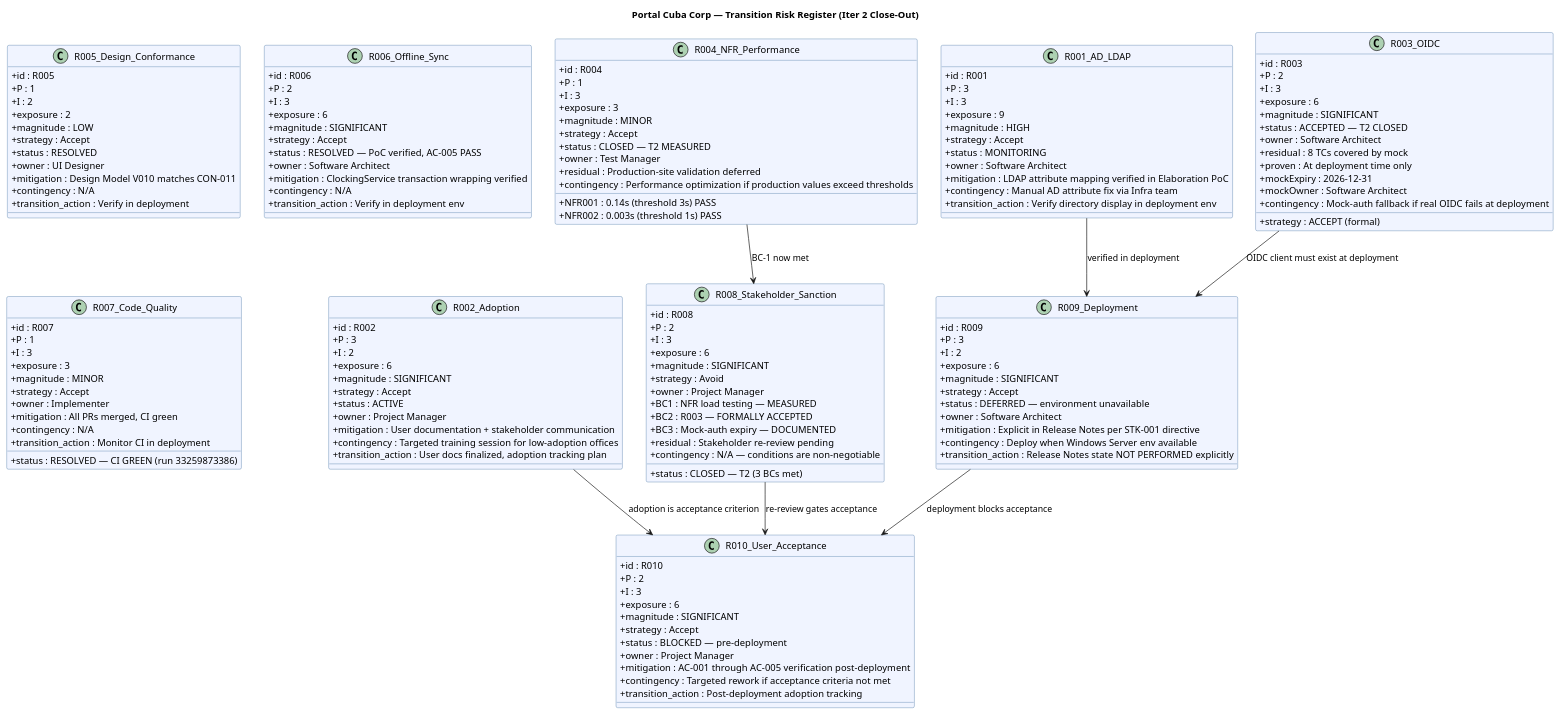
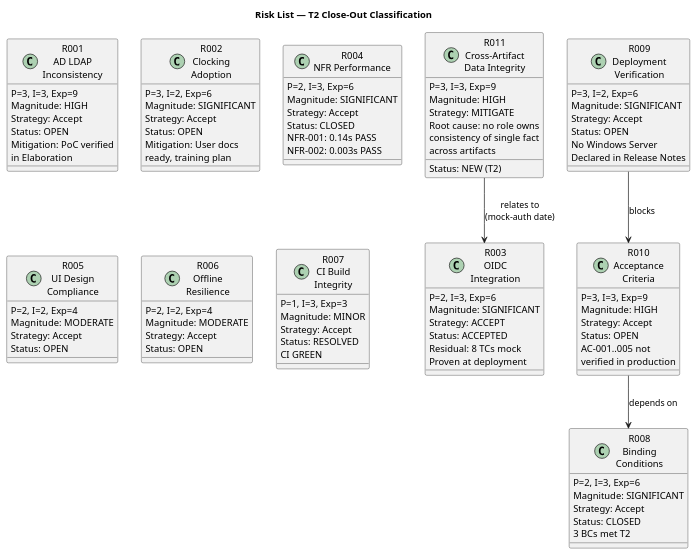
One commit to banense-test/portal-cuba-corp changed the diagram in docs/artifacts/project-management/risk-list.md. Above: the diagram before and after it, drawn with PlantUML. The commit also changed other lines of this file, not shown here.

Commit message:
Project Manager [T2]: upsert Risk List
[skip ci]

````diff
--- a/docs/artifacts/project-management/risk-list.md
+++ b/docs/artifacts/project-management/risk-list.md
@@ -32,163 +28,106 @@
 ```plantuml
 @startuml
-title Portal Cuba Corp — Transition Risk Register (Iter 2 Close-Out)
+title Risk List — T2 Close-Out Classification
 
 skinparam classAttributeIconSize 0
-skinparam classBackgroundColor #F0F4FF
-skinparam classBorderColor #336699
-skinparam shadowing false
 
-class R001_AD_LDAP {
-  + id : R001
-  + P : 3
-  + I : 3
-  + exposure : 9
-  + magnitude : HIGH
-  + strategy : Accept
-  + status : MONITORING
-  + owner : Software Architect
-  + mitigation : LDAP attribute mapping verified in Elaboration PoC
-  + contingency : Manual AD attribute fix via Infra team
-  + transition_action : Verify directory display in deployment env
+class R001 as "R001\nAD LDAP\nInconsistency" {
+  P=3, I=3, Exp=9
+  Magnitude: HIGH
+  Strategy: Accept
+  Status: OPEN
+  Mitigation: PoC verified
+  in Elaboration
 }
 
-class R002_Adoption {
-  + id : R002
-  + P : 3
-  + I : 2
-  + exposure : 6
-  + magnitude : SIGNIFICANT
-  + strategy : Accept
-  + status : ACTIVE
-  + owner : Project Manager
-  + mitigation : User documentation + stakeholder communication
-  + contingency : Targeted training session for low-adoption offices
-  + transition_action : User docs finalized, adoption tracking plan
+class R002 as "R002\nClocking\nAdoption" {
+  P=3, I=2, Exp=6
+  Magnitude: SIGNIFICANT
+  Strategy: Accept
+  Status: OPEN
+  Mitigation: User docs
+  ready, training plan
 }
 
-class R003_OIDC {
-  + id : R003
-  + P : 2
-  + I : 3
-  + exposure : 6
-  + magnitude : SIGNIFICANT
-  + strategy : ACCEPT (formal)
-  + status : ACCEPTED — T2 CLOSED
-  + owner : Software Architect
-  + residual : 8 TCs covered by mock
-  + proven : At deployment time only
-  + mockExpiry : 2026-12-31
-  + mockOwner : Software Architect
-  + contingency : Mock-auth fallback if real OIDC fails at deployment
+class R003 as "R003\nOIDC\nIntegration" {
+  P=2, I=3, Exp=6
+  Magnitude: SIGNIFICANT
+  Strategy: ACCEPT
+  Status: ACCEPTED
+  Residual: 8 TCs mock
+  Proven at deployment
 }
 
-class R004_NFR_Performance {
-  + id : R004
-  + P : 1
-  + I : 3
-  + exposure : 3
-  + magnitude : MINOR
-  + strategy : Accept
-  + status : CLOSED — T2 MEASURED
-  + owner : Test Manager
-  + NFR001 : 0.14s (threshold 3s) PASS
-  + NFR002 : 0.003s (threshold 1s) PASS
-  + residual : Production-site validation deferred
-  + contingency : Performance optimization if production values exceed thresholds
+class R004 as "R004\nNFR Performance" {
+  P=2, I=3, Exp=6
+  Magnitude: SIGNIFICANT
+  Strategy: Accept
+  Status: CLOSED
+  NFR-001: 0.14s PASS
+  NFR-002: 0.003s PASS
 }
 
-class R005_Design_Conformance {
-  + id : R005
-  + P : 1
-  + I : 2
-  + exposure : 2
-  + magnitude : LOW
-  + strategy : Accept
-  + status : RESOLVED
-  + owner : UI Designer
-  + mitigation : Design Model V010 matches CON-011
-  + contingency : N/A
-  + transition_action : Verify in deployment
+class R005 as "R005\nUI Design\nCompliance" {
+  P=2, I=2, Exp=4
+  Magnitude: MODERATE
+  Strategy: Accept
+  Status: OPEN
 }
 
-class R006_Offline_Sync {
-  + id : R006
-  + P : 2
-  + I : 3
-  + exposure : 6
-  + magnitude : SIGNIFICANT
-  + strategy : Accept
-  + status : RESOLVED — PoC verified, AC-005 PASS
-  + owner : Software Architect
-  + mitigation : ClockingService transaction wrapping verified
-  + contingency : N/A
-  + transition_action : Verify in deployment env
+class R006 as "R006\nOffline\nResilience" {
+  P=2, I=2, Exp=4
+  Magnitude: MODERATE
+  Strategy: Accept
+  Status: OPEN
 }
 
-class R007_Code_Quality {
-  + id : R007
-  + P : 1
-  + I : 3
-  + exposure : 3
-  + magnitude : MINOR
-  + strategy : Accept
-  + status : RESOLVED — CI GREEN (run 33259873386)
-  + owner : Implementer
-  + mitigation : All PRs merged, CI green
-  + contingency : N/A
-  + transition_action : Monitor CI in deployment
+class R007 as "R007\nCI Build\nIntegrity" {
+  P=1, I=3, Exp=3
+  Magnitude: MINOR
+  Strategy: Accept
+  Status: RESOLVED
+  CI GREEN
 }
 
-class R008_Stakeholder_Sanction {
-  + id : R008
-  + P : 2
-  + I : 3
-  + exposure : 6
-  + magnitude : SIGNIFICANT
-  + strategy : Avoid
-  + status : CLOSED — T2 (3 BCs met)
-  + owner : Project Manager
-  + BC1 : NFR load testing — MEASURED
-  + BC2 : R003 — FORMALLY ACCEPTED
-  + BC3 : Mock-auth expiry — DOCUMENTED
-  + residual : Stakeholder re-review pending
-  + contingency : N/A — conditions are non-negotiable
+class R008 as "R008\nBinding\nConditions" {
+  P=2, I=3, Exp=6
+  Magnitude: SIGNIFICANT
+  Strategy: Accept
+  Status: CLOSED
+  3 BCs met T2
 }
 
-class R009_Deployment {
-  + id : R009
-  + P : 3
-  + I : 2
-  + exposure : 6
-  + magnitude : SIGNIFICANT
-  + strategy : Accept
-  + status : DEFERRED — environment unavailable
-  + owner : Software Architect
-  + mitigation : Explicit in Release Notes per STK-001 directive
-  + contingency : Deploy when Windows Server env available
-  + transition_action : Release Notes state NOT PERFORMED explicitly
+class R009 as "R009\nDeployment\nVerification" {
+  P=3, I=2, Exp=6
+  Magnitude: SIGNIFICANT
+  Strategy: Accept
+  Status: OPEN
+  No Windows Server
+  Declared in Release Notes
 }
 
-class R010_User_Acceptance {
-  + id : R010
-  + P : 2
-  + I : 3
-  + exposure : 6
-  + magnitude : SIGNIFICANT
-  + strategy : Accept
-  + status : BLOCKED — pre-deployment
-  + owner : Project Manager
-  + mitigation : AC-001 through AC-005 verification post-deployment
-  + contingency : Targeted rework if acceptance criteria not met
-  + transition_action : Post-deployment adoption tracking
+class R010 as "R010\nAcceptance\nCriteria" {
+  P=3, I=3, Exp=9
+  Magnitude: HIGH
+  Strategy: Accept
+  Status: OPEN
+  AC-001..005 not
+  verified in production
 }
 
-R001_AD_LDAP --> R009_Deployment : "verified in deployment"
-R003_OIDC --> R009_Deployment : "OIDC client must exist at deployment"
-R004_NFR_Performance --> R008_Stakeholder_Sanction : "BC-1 now met"
-R002_Adoption --> R010_User_Acceptance : "adoption is acceptance criterion"
-R008_Stakeholder_Sanction --> R010_User_Acceptance : "re-review gates acceptance"
-R009_Deployment --> R010_User_Acceptance : "deployment blocks acceptance"
+class R011 as "R011\nCross-Artifact\nData Integrity" {
+  P=3, I=3, Exp=9
+  Magnitude: HIGH
+  Strategy: MITIGATE
+  Status: NEW (T2)
+  Root cause: no role owns
+  consistency of single fact
+  across artifacts
+}
+
+R011 --> R003 : relates to\n(mock-auth date)
+R010 --> R008 : depends on
+R009 --> R010 : blocks
 
 @enduml
 ```
````
